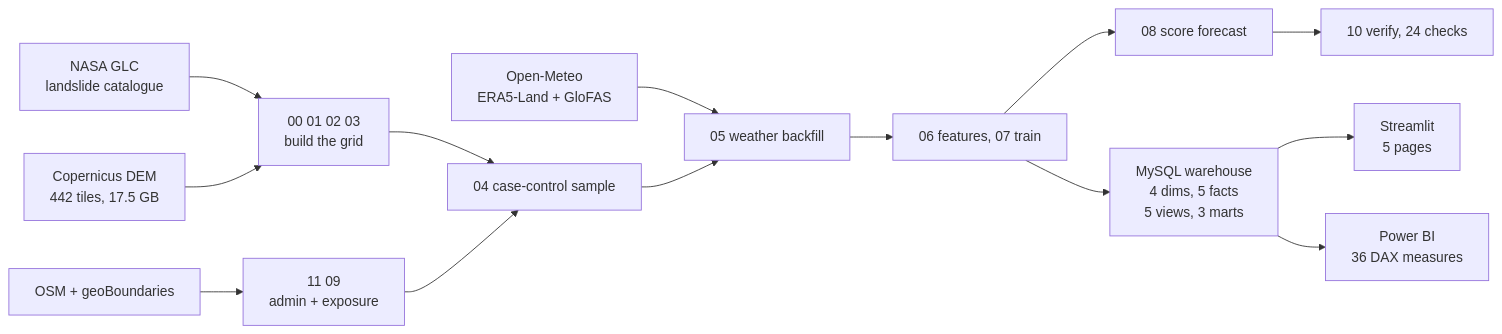
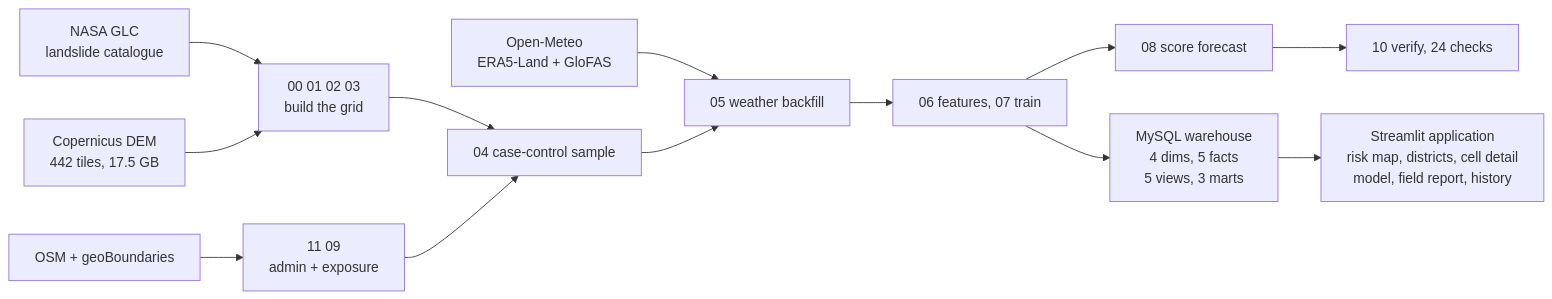
One commit to CHAITANYA-2002/personal-projects changed the second of 8 diagrams in imarticus projects/Capstone 1/README.md. Above: the diagram before and after it, drawn with Mermaid. The commit also changed other lines of this file and 3 other files, not shown here.

````diff
--- a/imarticus projects/Capstone 1/README.md
+++ b/imarticus projects/Capstone 1/README.md
@@ -102,27 +102,25 @@
 ```mermaid
 flowchart LR
     S1["NASA GLC<br/>landslide catalogue"]
     S2["Copernicus DEM<br/>442 tiles, 17.5 GB"]
     S3["Open-Meteo<br/>ERA5-Land + GloFAS"]
     S4["OSM + geoBoundaries"]
     P1["00 01 02 03<br/>build the grid"]
     P2["11 09<br/>admin + exposure"]
     P3["04 case-control sample"]
     P4["05 weather backfill"]
     P5["06 features, 07 train"]
     P6["08 score forecast"]
     P7["10 verify, 24 checks"]
     W1["MySQL warehouse<br/>4 dims, 5 facts<br/>5 views, 3 marts"]
-    U1["Streamlit<br/>5 pages"]
-    U2["Power BI<br/>36 DAX measures"]
+    U1["Streamlit application<br/>risk map, districts, cell detail<br/>model, field report, history"]
     S1 --> P1
     S2 --> P1
     S4 --> P2
     S3 --> P4
     P1 --> P3
     P2 --> P3
     P3 --> P4 --> P5 --> P6 --> P7
     P5 --> W1
     W1 --> U1
-    W1 --> U2
 ```
````
